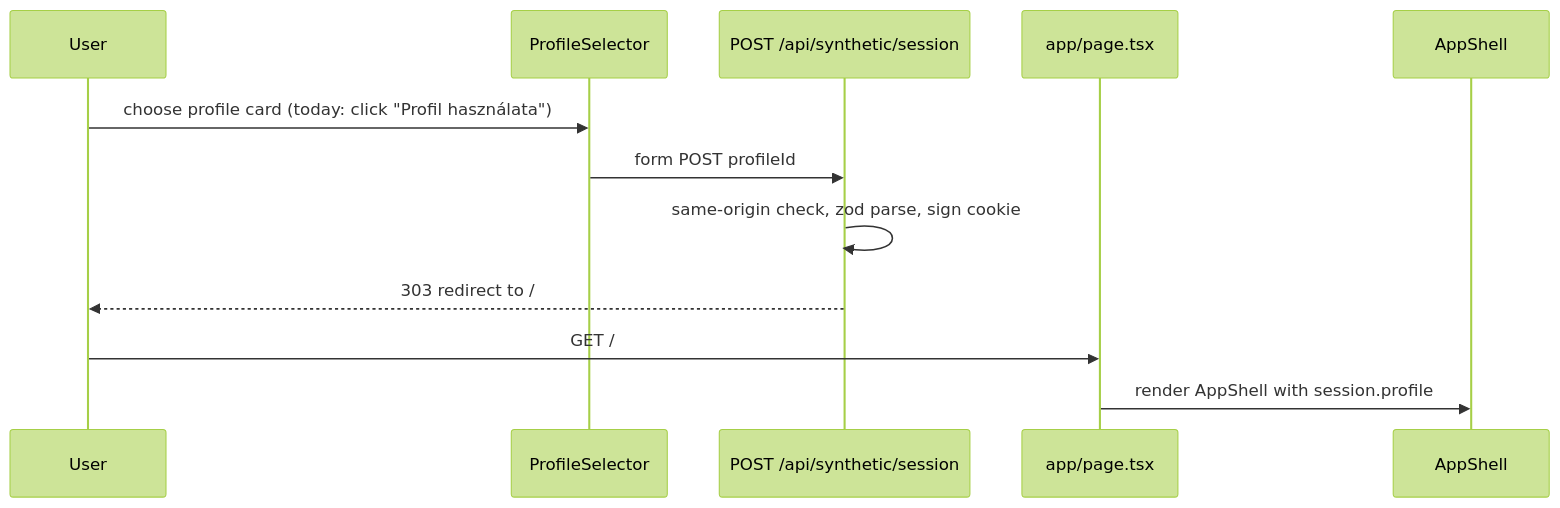
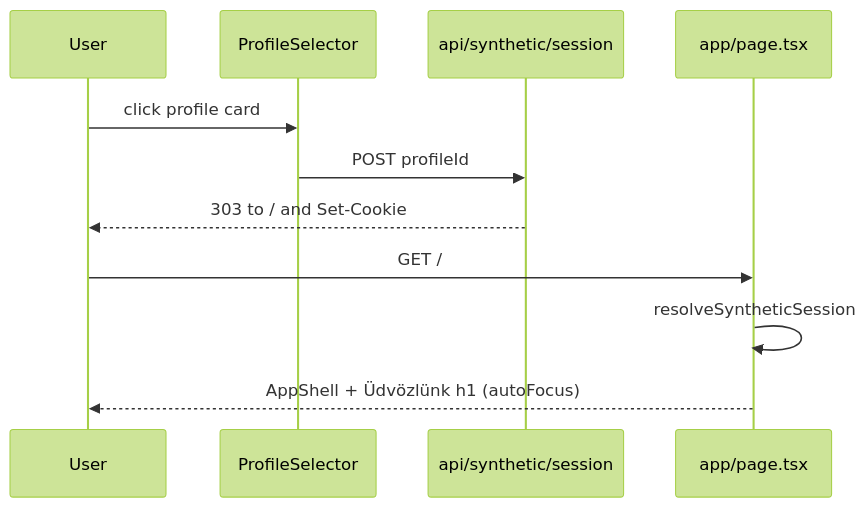
One commit to bbotond83/waldorf-community-task-manager changed the second of 4 diagrams in aidlc/spaces/default/codekb/waldorf-community-task-manager/architecture.md. Above: the diagram before and after it, drawn with Mermaid (forest theme). The commit also changed other lines of this file and 89 other files, not shown here.

````diff
--- a/aidlc/spaces/default/codekb/waldorf-community-task-manager/architecture.md
+++ b/aidlc/spaces/default/codekb/waldorf-community-task-manager/architecture.md
@@ -67,14 +55,13 @@
 ```mermaid
 sequenceDiagram
   participant U as User
-  participant P as ProfileSelector
-  participant R as POST /api/synthetic/session
+  participant PS as ProfileSelector
+  participant API as api/synthetic/session
   participant H as app/page.tsx
-  participant S as AppShell
-  U->>P: choose profile card (today: click "Profil használata")
-  P->>R: form POST profileId
-  R->>R: same-origin check, zod parse, sign cookie
-  R-->>U: 303 redirect to /
+  U->>PS: click profile card
+  PS->>API: POST profileId
+  API-->>U: 303 to / and Set-Cookie
   U->>H: GET /
-  H->>S: render AppShell with session.profile
+  H->>H: resolveSyntheticSession
+  H-->>U: AppShell + Üdvözlünk h1 (autoFocus)
 ```
````
